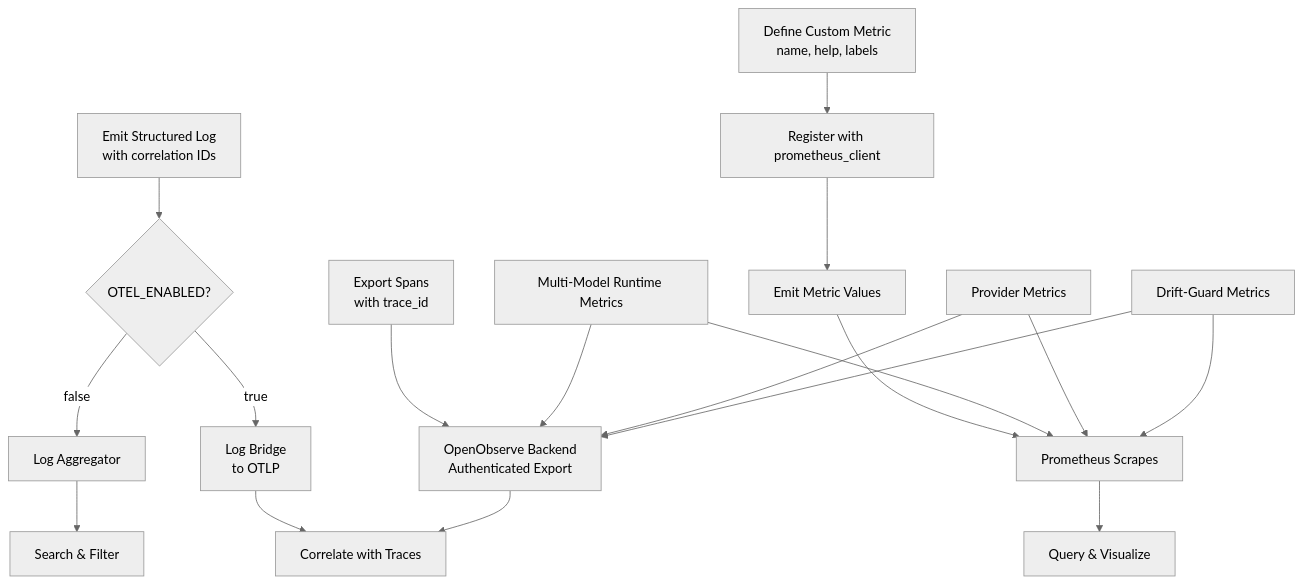
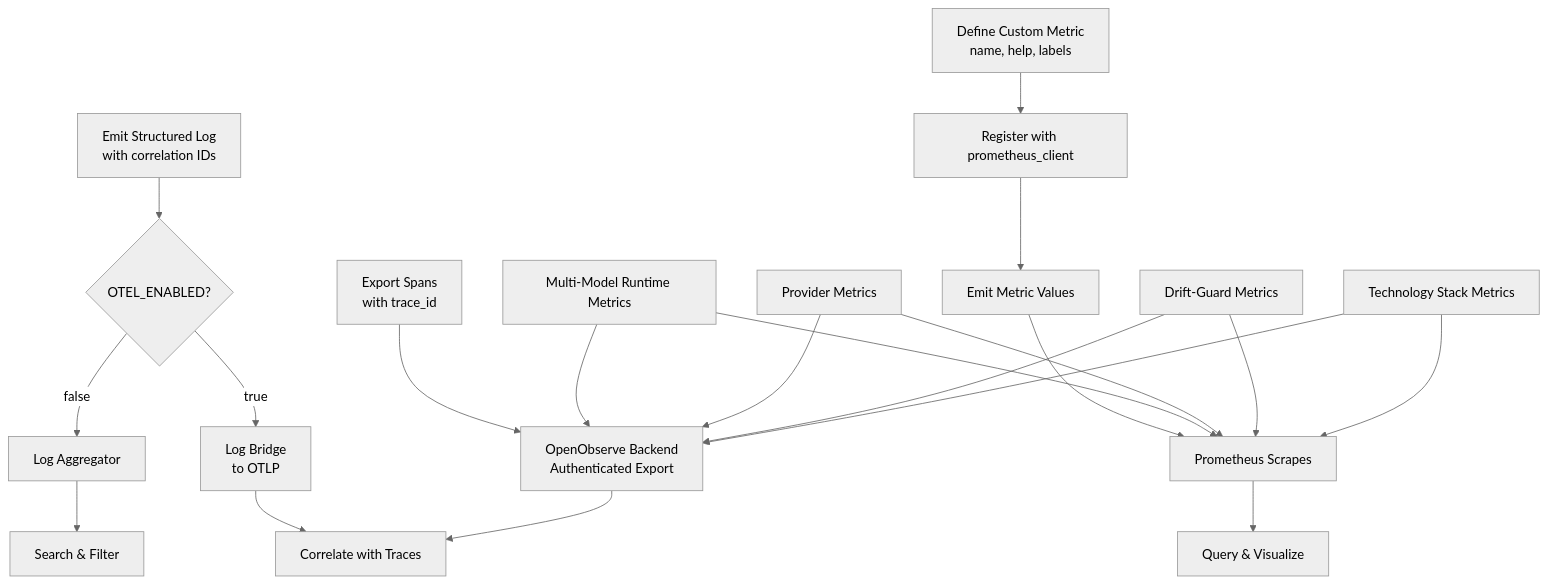
Diagram 14 of 15 in .qoder/repowiki/en/content/Monitoring and Observability/Monitoring and Observability.md (metasync/luban-aiops), drawn with Mermaid (neutral theme) before and after one commit. The commit also changed other lines of this file and 6 other files, not shown here.

````diff
--- a/.qoder/repowiki/en/content/Monitoring and Observability/Monitoring and Observability.md
+++ b/.qoder/repowiki/en/content/Monitoring and Observability/Monitoring and Observability.md
@@ -718,20 +803,22 @@
 ```mermaid
 flowchart TD
 DefineMetric["Define Custom Metric<br/>name, help, labels"] --> Register["Register with prometheus_client"]
 Register --> Emit["Emit Metric Values"]
 Emit --> Scrape["Prometheus Scrapes"]
 Scrape --> Query["Query & Visualize"]
 EmitLog["Emit Structured Log<br/>with correlation IDs"] --> CheckOTEL{"OTEL_ENABLED?"}
 CheckOTEL --> |false| Aggregate["Log Aggregator"]
 CheckOTEL --> |true| Bridge["Log Bridge<br/>to OTLP"]
 Bridge --> Correlate["Correlate with Traces"]
 Aggregate --> Search["Search & Filter"]
 ExportTrace["Export Spans<br/>with trace_id"] --> OpenObserve["OpenObserve Backend<br/>Authenticated Export"]
 OpenObserve --> Correlate
 NewMetrics["Multi-Model Runtime Metrics"] --> Scrape
 NewMetrics --> OpenObserve
 LubanMetrics["Provider Metrics"] --> Scrape
 LubanMetrics --> OpenObserve
 DriftMetrics["Drift-Guard Metrics"] --> Scrape
 DriftMetrics --> OpenObserve
+TechStackMetrics["Technology Stack Metrics"] --> Scrape
+TechStackMetrics --> OpenObserve
 ```
````
